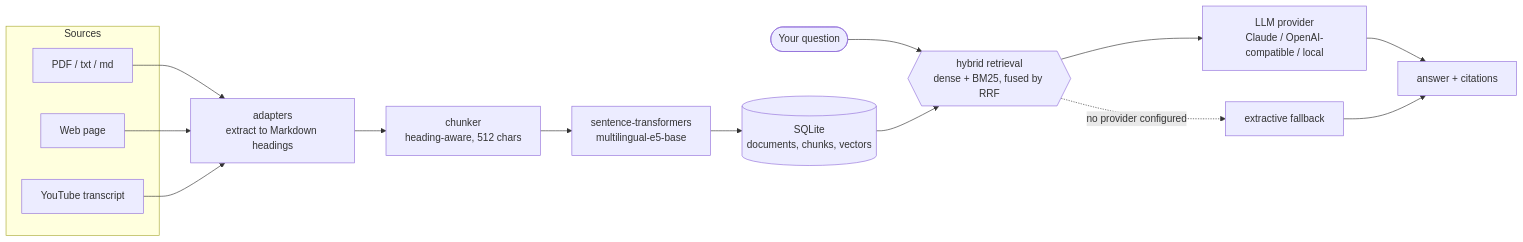
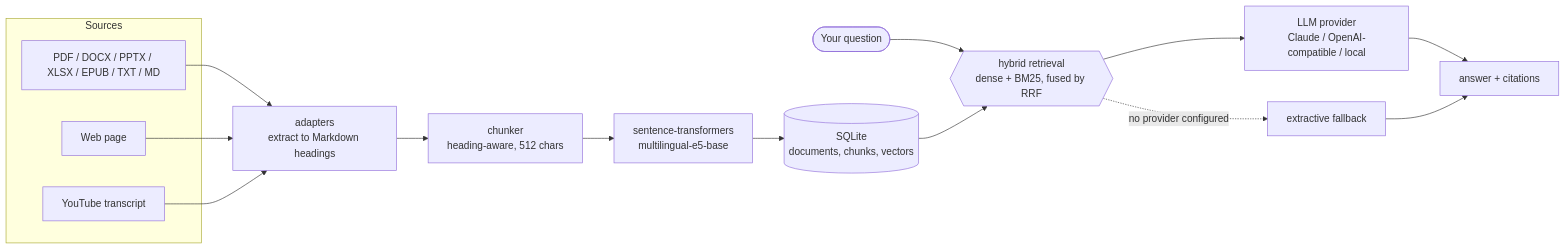
The diagram in README.md (tom1030507/OpenNotebookLM), drawn with Mermaid before and after one commit. The commit also changed other lines of this file and 27 other files, not shown here.

````diff
--- a/README.md
+++ b/README.md
@@ -267,22 +267,22 @@
 ```mermaid
 flowchart LR
     subgraph sources[Sources]
-        S1[PDF / txt / md]
+        S1[PDF / DOCX / PPTX / XLSX / EPUB / TXT / MD]
         S2[Web page]
         S3[YouTube transcript]
     end
 
     S1 --> AD[adapters<br/>extract to Markdown headings]
     S2 --> AD
     S3 --> AD
     AD --> CH[chunker<br/>heading-aware, 512 chars]
     CH --> EM[sentence-transformers<br/>multilingual-e5-base]
     EM --> DB[(SQLite<br/>documents, chunks, vectors)]
 
     Q([Your question]) --> RT
     DB --> RT{{hybrid retrieval<br/>dense + BM25, fused by RRF}}
     RT --> LLM[LLM provider<br/>Claude / OpenAI-compatible / local]
     RT -. no provider configured .-> FB[extractive fallback]
     LLM --> ANS[answer + citations]
     FB --> ANS
 ```
````
